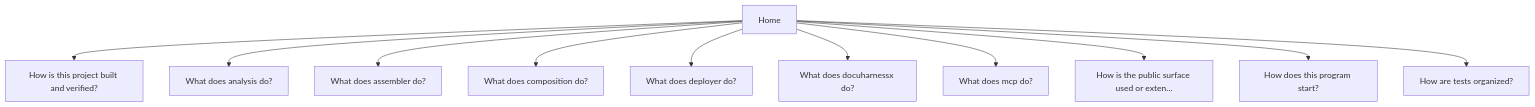
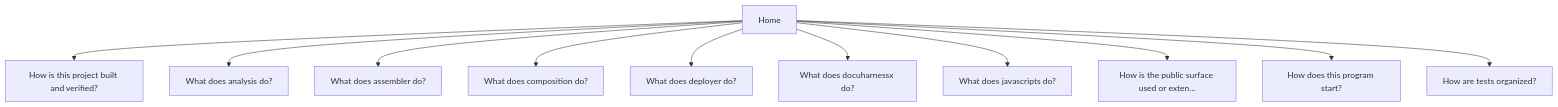
Before and after one commit to norandom/DocuHarnessX: the diagram in docs/index.md, drawn with Mermaid. The commit also changed other lines of this file and 12 other files, not shown here.

````diff
--- a/docs/index.md
+++ b/docs/index.md
@@ -5,24 +5,24 @@
 ```mermaid
 flowchart TB
   n0["Home"]
   n1["How is this project built and verified?"]
   n2["What does analysis do?"]
   n3["What does assembler do?"]
   n4["What does composition do?"]
   n5["What does deployer do?"]
   n6["What does docuharnessx do?"]
-  n7["What does mcp do?"]
+  n7["What does javascripts do?"]
   n8["How is the public surface used or exten…"]
   n9["How does this program start?"]
   n10["How are tests organized?"]
   n0 --> n1
   n0 --> n2
   n0 --> n3
   n0 --> n4
   n0 --> n5
   n0 --> n6
   n0 --> n7
   n0 --> n8
   n0 --> n9
   n0 --> n10
 ```
````
